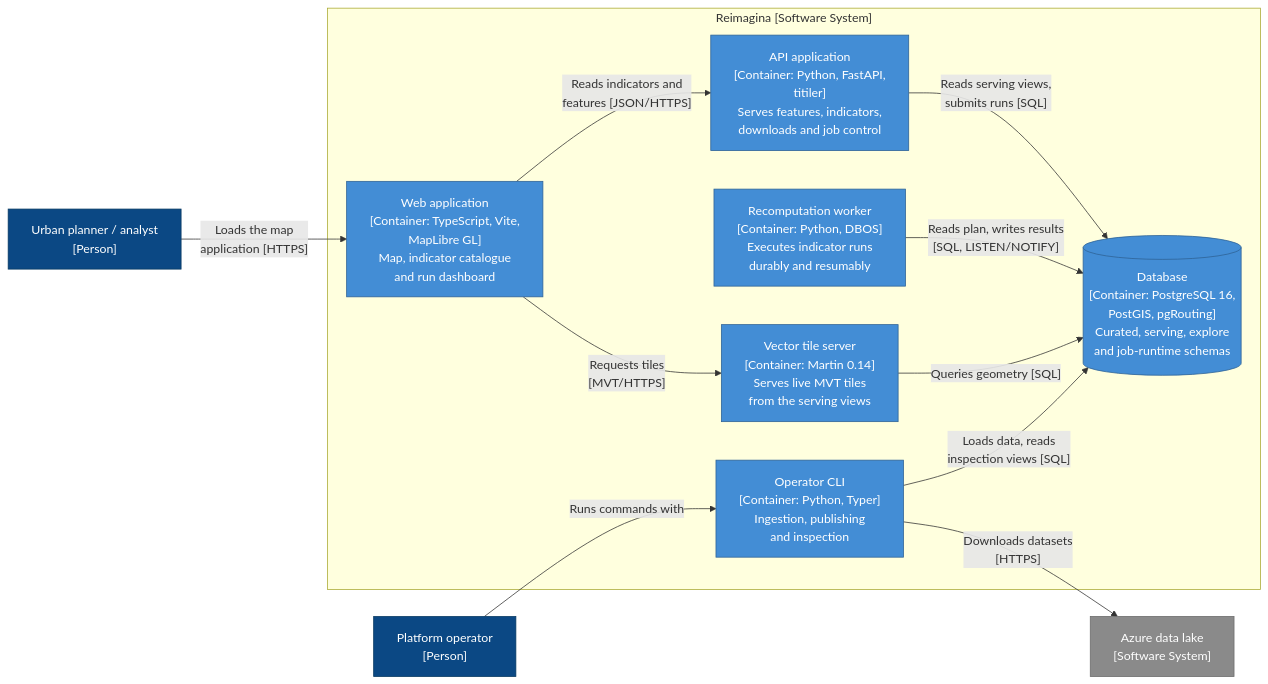
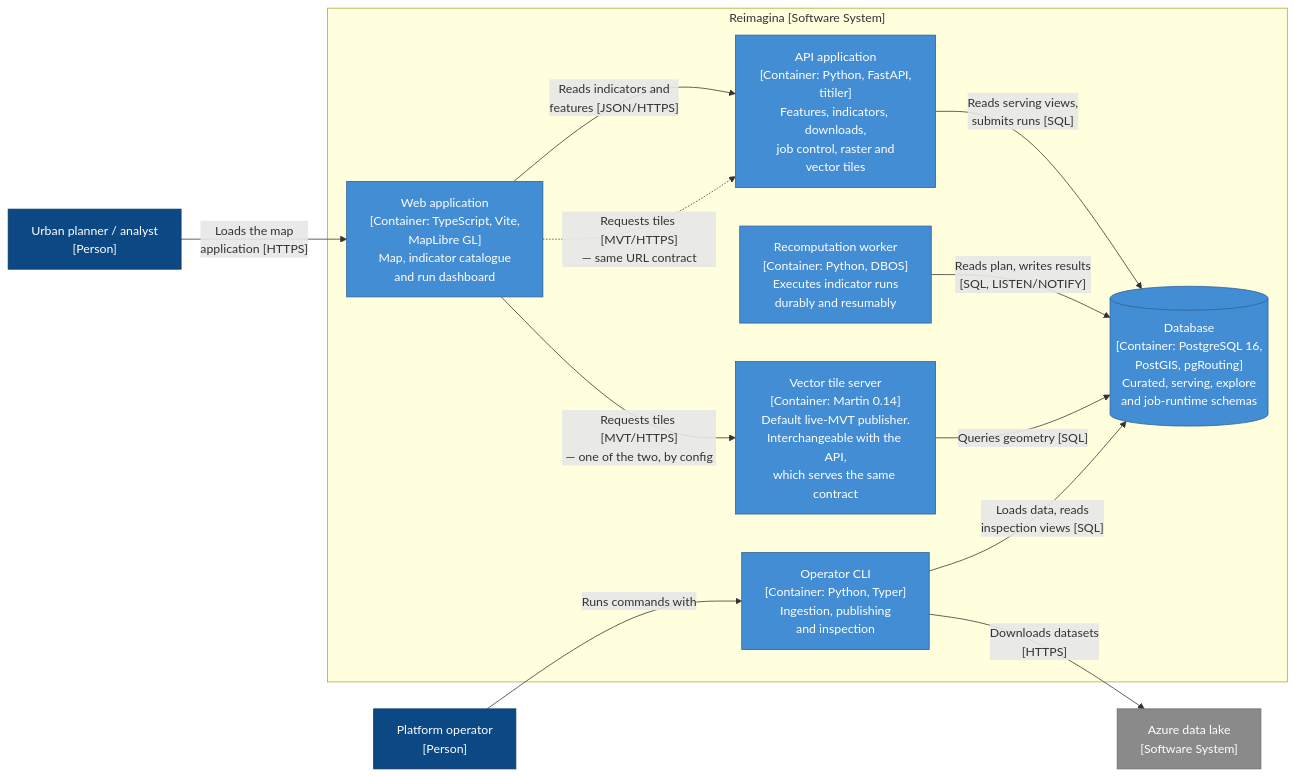
Before and after one commit to rschifan/reimagina-evo: the diagram in docs/delivery/diagrams/c4_02_containers.mmd, drawn with Mermaid. The commit also changed 8 other files, not shown here.

```diff
--- a/docs/delivery/diagrams/c4_02_containers.mmd
+++ b/docs/delivery/diagrams/c4_02_containers.mmd
@@ -1,31 +1,32 @@
 flowchart LR
   planner["Urban planner / analyst<br/>[Person]"]
   operator["Platform operator<br/>[Person]"]
 
   subgraph sys["Reimagina [Software System]"]
     web["Web application<br/>[Container: TypeScript, Vite,<br/>MapLibre GL]<br/>Map, indicator catalogue<br/>and run dashboard"]
-    api["API application<br/>[Container: Python, FastAPI,<br/>titiler]<br/>Serves features, indicators,<br/>downloads and job control"]
+    api["API application<br/>[Container: Python, FastAPI,<br/>titiler]<br/>Features, indicators, downloads,<br/>job control, raster and<br/>vector tiles"]
     worker["Recomputation worker<br/>[Container: Python, DBOS]<br/>Executes indicator runs<br/>durably and resumably"]
     cli["Operator CLI<br/>[Container: Python, Typer]<br/>Ingestion, publishing<br/>and inspection"]
-    martin["Vector tile server<br/>[Container: Martin 0.14]<br/>Serves live MVT tiles<br/>from the serving views"]
+    martin["Vector tile server<br/>[Container: Martin 0.14]<br/>Default live-MVT publisher.<br/>Interchangeable with the API,<br/>which serves the same contract"]
     db[("Database<br/>[Container: PostgreSQL 16,<br/>PostGIS, pgRouting]<br/>Curated, serving, explore<br/>and job-runtime schemas")]
   end
 
   lake["Azure data lake<br/>[Software System]"]
 
   planner -->|"Loads the map<br/>application [HTTPS]"| web
   operator -->|"Runs commands with"| cli
   web -->|"Reads indicators and<br/>features [JSON/HTTPS]"| api
-  web -->|"Requests tiles<br/>[MVT/HTTPS]"| martin
+  web -->|"Requests tiles [MVT/HTTPS]<br/>— one of the two, by config"| martin
+  web -.->|"Requests tiles [MVT/HTTPS]<br/>— same URL contract"| api
   api -->|"Reads serving views,<br/>submits runs [SQL]"| db
   worker -->|"Reads plan, writes results<br/>[SQL, LISTEN/NOTIFY]"| db
   martin -->|"Queries geometry [SQL]"| db
   cli -->|"Loads data, reads<br/>inspection views [SQL]"| db
   cli -->|"Downloads datasets<br/>[HTTPS]"| lake
 
   classDef person fill:#0b4884,stroke:#073962,color:#fff
   classDef container fill:#438dd5,stroke:#2e6295,color:#fff
   classDef external fill:#8a8a8a,stroke:#6b6b6b,color:#fff
   class planner,operator person
   class web,api,worker,cli,martin,db container
   class lake external
```
